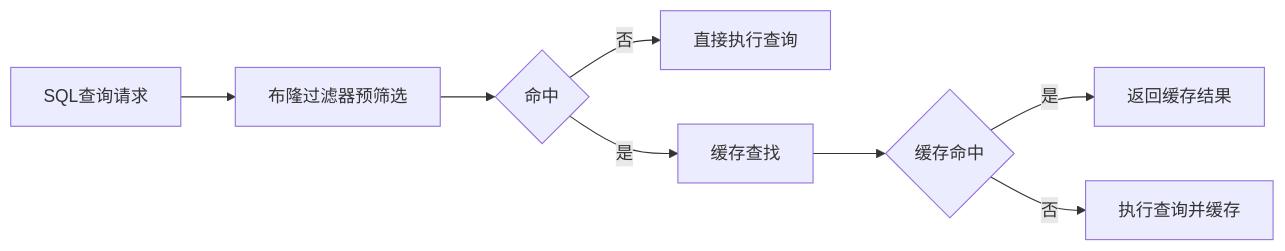
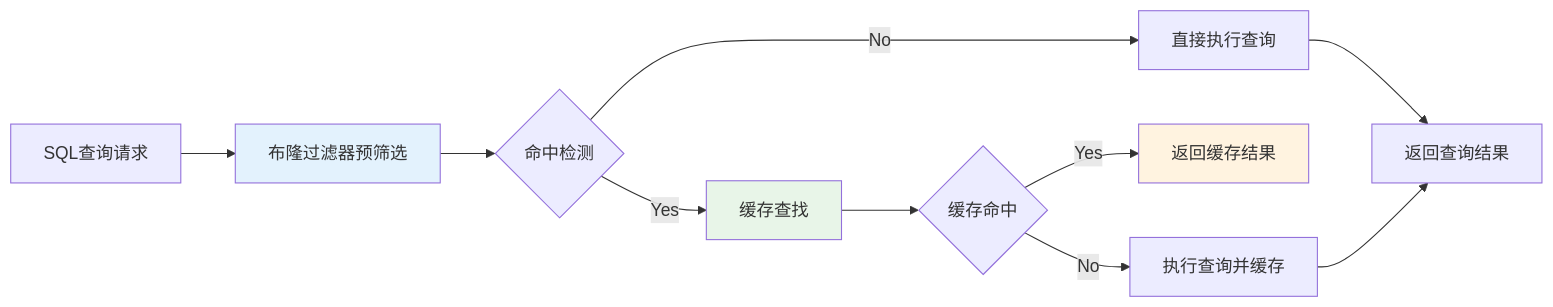
The diagram in md/images/3-图3.1 动态缓存管理系统整体流程.mmd (crazypenguincode/duckdb), drawn with Mermaid before and after one commit. The commit also changed 114 other files, not shown here.

Commit message:
图片资源

```diff
--- a/md/images/3-图3.1 动态缓存管理系统整体流程.mmd
+++ b/md/images/3-图3.1 动态缓存管理系统整体流程.mmd
@@ -1,8 +1,14 @@
-graph LR
+flowchart LR
     A[SQL查询请求] --> B[布隆过滤器预筛选]
-    B --> C{命中}
-    C -->|否| D[直接执行查询]
-    C -->|是| E[缓存查找]
+    B --> C{命中检测}
+    C -->|No| D[直接执行查询]
+    C -->|Yes| E[缓存查找]
     E --> F{缓存命中}
-    F -->|是| G[返回缓存结果]
-    F -->|否| H[执行查询并缓存]
+    F -->|Yes| G[返回缓存结果]
+    F -->|No| H[执行查询并缓存]
+    D --> I[返回查询结果]
+    H --> I
+    
+    style B fill:#e3f2fd
+    style E fill:#e8f5e8
+    style G fill:#fff3e0
```
